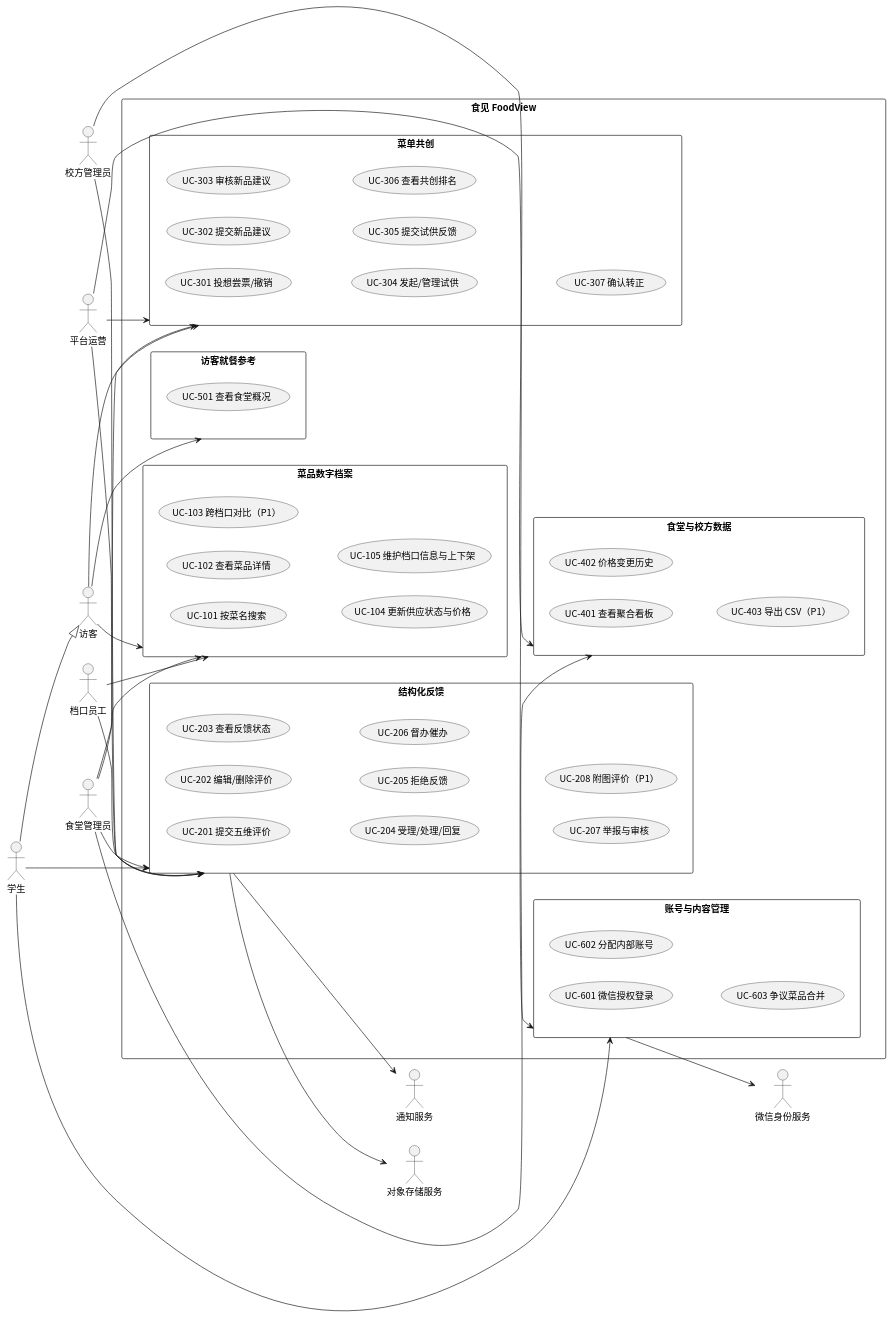
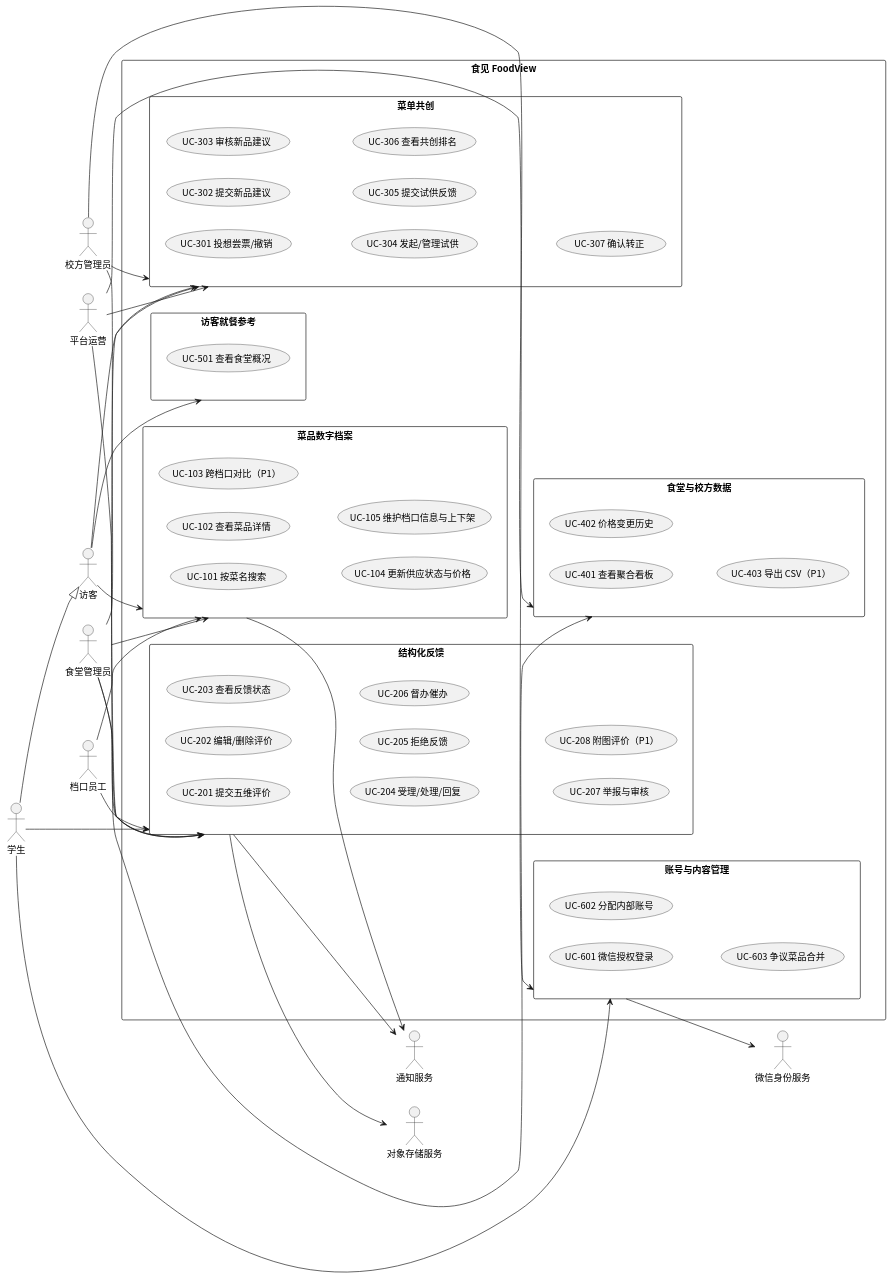
Before and after one commit to tju-se-design/foodview: the diagram in docs/assets/srs/uc-000.puml, drawn with PlantUML. The commit also changed 6 other files, not shown here.

```diff
--- a/docs/assets/srs/uc-000.puml
+++ b/docs/assets/srs/uc-000.puml
@@ -1,80 +1,82 @@
 @startuml UC-000
 left to right direction
 skinparam packageStyle rectangle
 skinparam defaultFontName "Noto Sans CJK SC"
 
 actor 访客 as Visitor
 actor 学生 as Student
 Student --|> Visitor
 actor 档口员工 as Staff
 actor 食堂管理员 as CanteenAdmin
 actor 校方管理员 as SchoolAdmin
 actor 平台运营 as Ops
 
 rectangle "食见 FoodView" {
   package "菜品数字档案" as M1 {
     usecase "UC-101 按菜名搜索" as UC101
     usecase "UC-102 查看菜品详情" as UC102
     usecase "UC-103 跨档口对比（P1）" as UC103
     usecase "UC-104 更新供应状态与价格" as UC104
     usecase "UC-105 维护档口信息与上下架" as UC105
   }
   package "结构化反馈" as M2 {
     usecase "UC-201 提交五维评价" as UC201
     usecase "UC-202 编辑/删除评价" as UC202
     usecase "UC-203 查看反馈状态" as UC203
     usecase "UC-204 受理/处理/回复" as UC204
     usecase "UC-205 拒绝反馈" as UC205
     usecase "UC-206 督办催办" as UC206
     usecase "UC-207 举报与审核" as UC207
     usecase "UC-208 附图评价（P1）" as UC208
   }
   package "菜单共创" as M3 {
     usecase "UC-301 投想尝票/撤销" as UC301
     usecase "UC-302 提交新品建议" as UC302
     usecase "UC-303 审核新品建议" as UC303
     usecase "UC-304 发起/管理试供" as UC304
     usecase "UC-305 提交试供反馈" as UC305
     usecase "UC-306 查看共创排名" as UC306
     usecase "UC-307 确认转正" as UC307
   }
   package "食堂与校方数据" as M4 {
     usecase "UC-401 查看聚合看板" as UC401
     usecase "UC-402 价格变更历史" as UC402
     usecase "UC-403 导出 CSV（P1）" as UC403
   }
   package "访客就餐参考" as M5 {
     usecase "UC-501 查看食堂概况" as UC501
   }
   package "账号与内容管理" as M6 {
     usecase "UC-601 微信授权登录" as UC601
     usecase "UC-602 分配内部账号" as UC602
     usecase "UC-603 争议菜品合并" as UC603
   }
 }
 
 Visitor --> M1
 Visitor --> M3
 Visitor --> M5
 Student --> M2
 Student --> M6
 Staff --> M1
 Staff --> M2
 CanteenAdmin --> M1
 CanteenAdmin --> M2
 CanteenAdmin --> M3
 CanteenAdmin --> M4
 SchoolAdmin --> M2
+SchoolAdmin --> M3
 SchoolAdmin --> M4
 Ops --> M2
 Ops --> M3
 Ops --> M6
 
 actor "微信身份服务" as WechatAuth
 actor "通知服务" as Notify
 actor "对象存储服务" as ObjectStore
 
 M6 --> WechatAuth
+M1 --> Notify
 M2 --> Notify
 M2 --> ObjectStore
 @enduml
```
